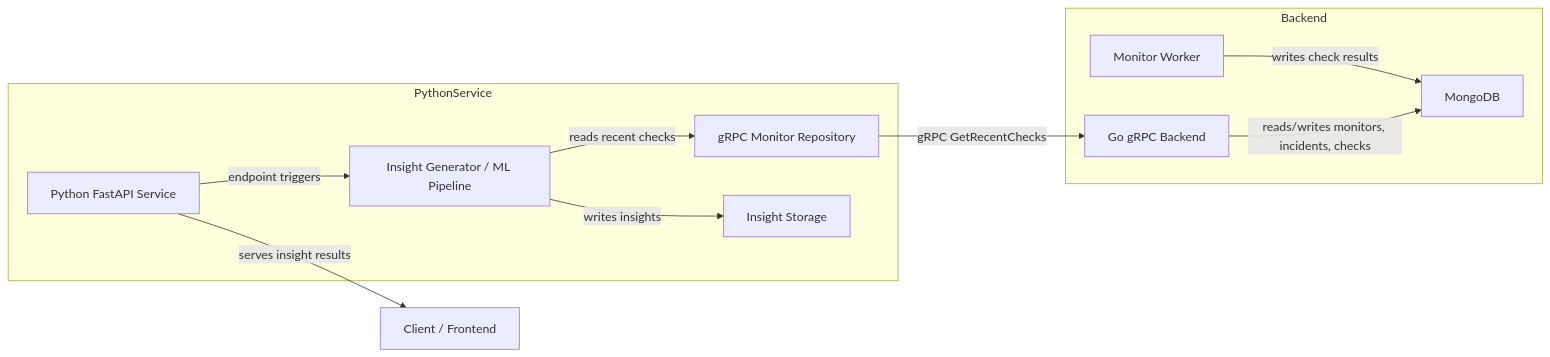
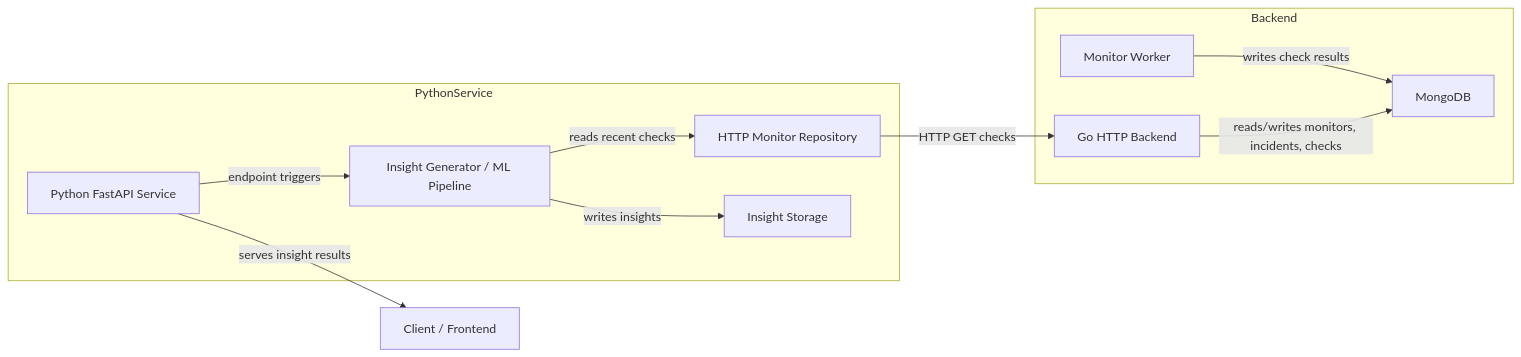
One commit to cuesoftinc/upstat changed the third of 6 diagrams in docs/architecture.md. Above: the diagram before and after it, drawn with Mermaid. The commit also changed other lines of this file and 77 other files, not shown here.

Commit message:
refactor: replace product gRPC with HTTP and remove Envoy (#285)

````diff
--- a/docs/architecture.md
+++ b/docs/architecture.md
@@ -102,28 +102,28 @@
 ```mermaid
 flowchart LR
     subgraph Backend
-        GoServer[Go gRPC Backend]
+        GoServer[Go HTTP Backend]
         MonitorWorker[Monitor Worker]
         Mongo[MongoDB]
     end
 
     subgraph PythonService
         PythonAPI[Python FastAPI Service]
         InsightGenerator[Insight Generator / ML Pipeline]
-        PythonRepo[gRPC Monitor Repository]
+        PythonRepo[HTTP Monitor Repository]
         InsightsDB[Insight Storage]
     end
 
     MonitorWorker -->|writes check results| Mongo
     GoServer -->|reads/writes monitors, incidents, checks| Mongo
-    PythonRepo -->|gRPC GetRecentChecks| GoServer
+    PythonRepo -->|HTTP GET checks| GoServer
     InsightGenerator -->|reads recent checks| PythonRepo
     InsightGenerator -->|writes insights| InsightsDB
     PythonAPI -->|endpoint triggers| InsightGenerator
     PythonAPI -->|serves insight results| Client[Client / Frontend]
 
-    click GoServer "api/common/cmd/server/main.go" "Go gRPC backend entrypoint"
+    click GoServer "api/common/cmd/server/main.go" "Go backend entrypoint"
     click MonitorWorker "api/common/internal/service/monitor_worker_service.go" "Periodic monitor scheduler"
-    click PythonRepo "api/observability/repository/monitor_repository.py" "Python gRPC client for checks"
+    click PythonRepo "api/observability/repository/monitor_repository.py" "Python HTTP client for checks"
     click InsightGenerator "api/observability/service/insight_generator.py" "Insight generation pipeline"
 ```
````
